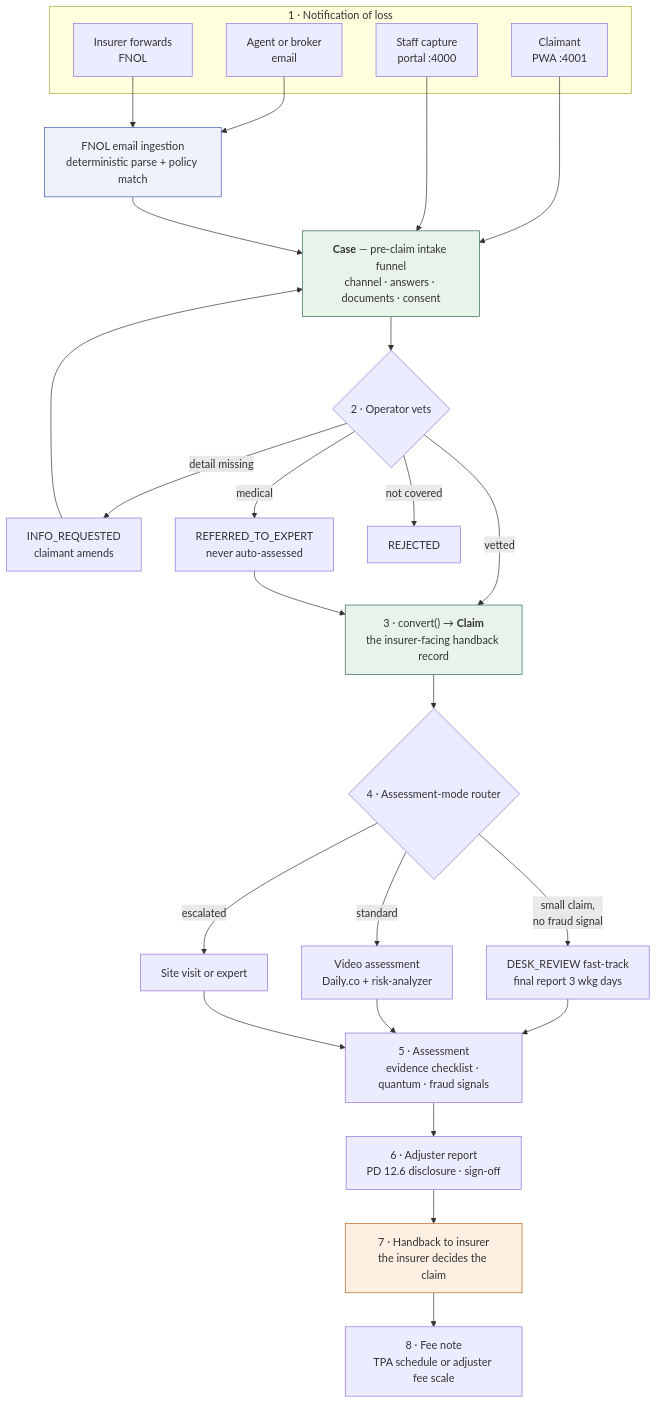
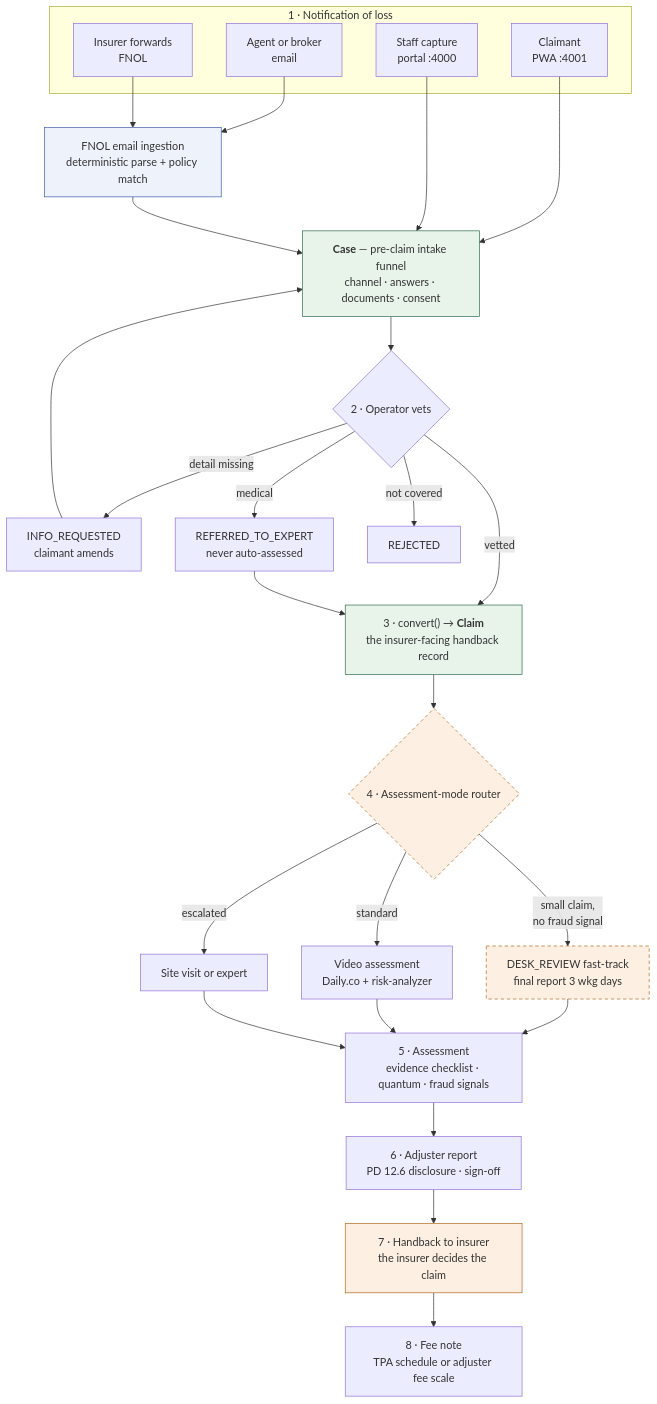
One commit to leobarcove/true-claim-insight changed the first of 11 diagrams in docs/USER_FLOWS.md. Above: the diagram before and after it, drawn with Mermaid. The commit also changed other lines of this file and 1 other file, not shown here.

First line of the commit message:
docs: correct four flow discrepancies against the codebase

````diff
--- a/docs/USER_FLOWS.md
+++ b/docs/USER_FLOWS.md
@@ -18,46 +18,48 @@
 ```mermaid
 flowchart TD
     subgraph INTAKE["1 · Notification of loss"]
         C1["Claimant<br/>PWA :4001"]
         C2["Agent or broker<br/>email"]
         C3["Insurer forwards<br/>FNOL"]
         C4["Staff capture<br/>portal :4000"]
     end
 
     C1 --> CASE
     C2 --> ING["FNOL email ingestion<br/>deterministic parse + policy match"]
     C3 --> ING
     C4 --> CASE
     ING --> CASE
 
     CASE["<b>Case</b> — pre-claim intake funnel<br/>channel · answers · documents · consent"]
 
     CASE --> VET{"2 · Operator vets"}
     VET -->|"detail missing"| INFO["INFO_REQUESTED<br/>claimant amends"]
     INFO --> CASE
     VET -->|"medical"| EXP["REFERRED_TO_EXPERT<br/>never auto-assessed"]
     VET -->|"not covered"| REJ["REJECTED"]
     VET -->|"vetted"| CONV
     EXP --> CONV
 
     CONV["3 · convert() → <b>Claim</b><br/>the insurer-facing handback record"]
 
     CONV --> MODE{"4 · Assessment-mode router"}
     MODE -->|"small claim,<br/>no fraud signal"| DESK["DESK_REVIEW fast-track<br/>final report 3 wkg days"]
     MODE -->|"standard"| VIDEO["Video assessment<br/>Daily.co + risk-analyzer"]
     MODE -->|"escalated"| SITE["Site visit or expert"]
 
     DESK --> ASSESS
     VIDEO --> ASSESS
     SITE --> ASSESS
 
     ASSESS["5 · Assessment<br/>evidence checklist · quantum · fraud signals"]
     ASSESS --> REPORT["6 · Adjuster report<br/>PD 12.6 disclosure · sign-off"]
     REPORT --> HANDBACK["7 · Handback to insurer<br/>the insurer decides the claim"]
     HANDBACK --> BILL["8 · Fee note<br/>TPA schedule or adjuster fee scale"]
 
     style CASE fill:#e8f4ea,stroke:#2d6a4f
     style CONV fill:#e8f4ea,stroke:#2d6a4f
+    style MODE fill:#fdf0e3,stroke:#b5651d,stroke-dasharray:5 4
+    style DESK fill:#fdf0e3,stroke:#b5651d,stroke-dasharray:5 4
     style HANDBACK fill:#fdf0e3,stroke:#b5651d
     style ING fill:#eef2fb,stroke:#3b5bA9
 ```
````
